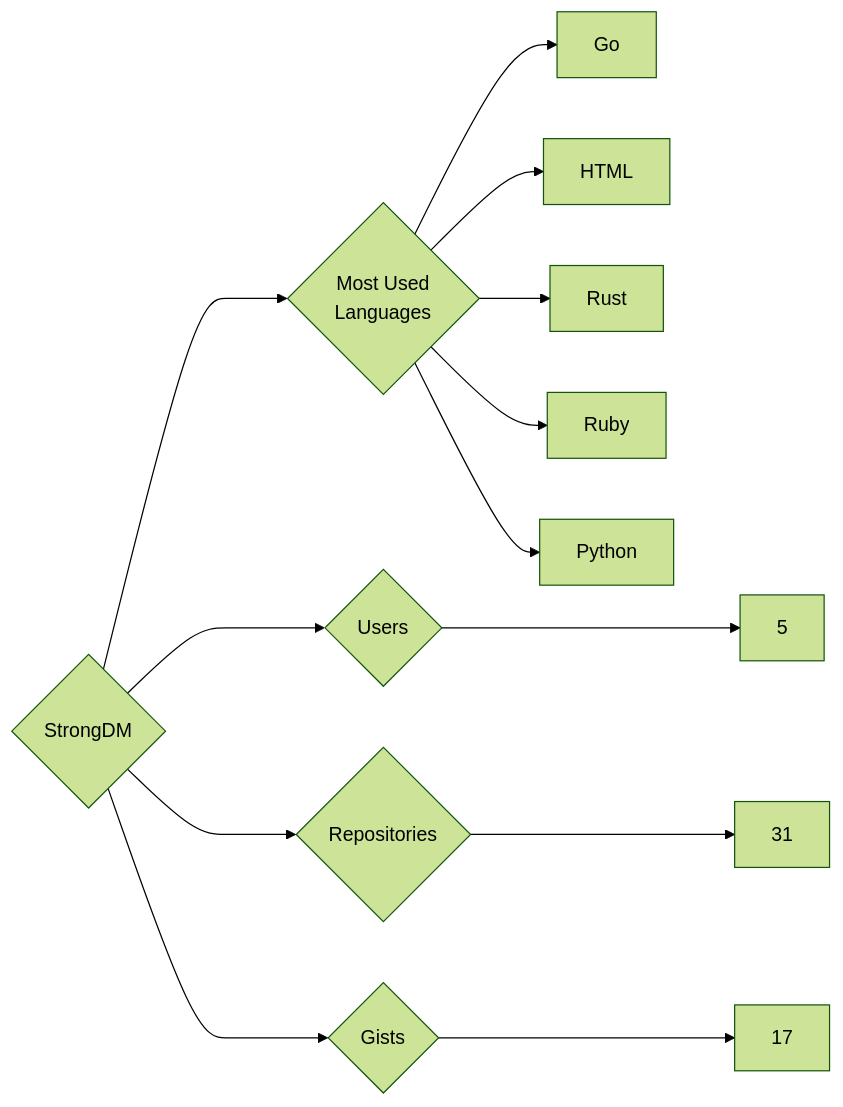
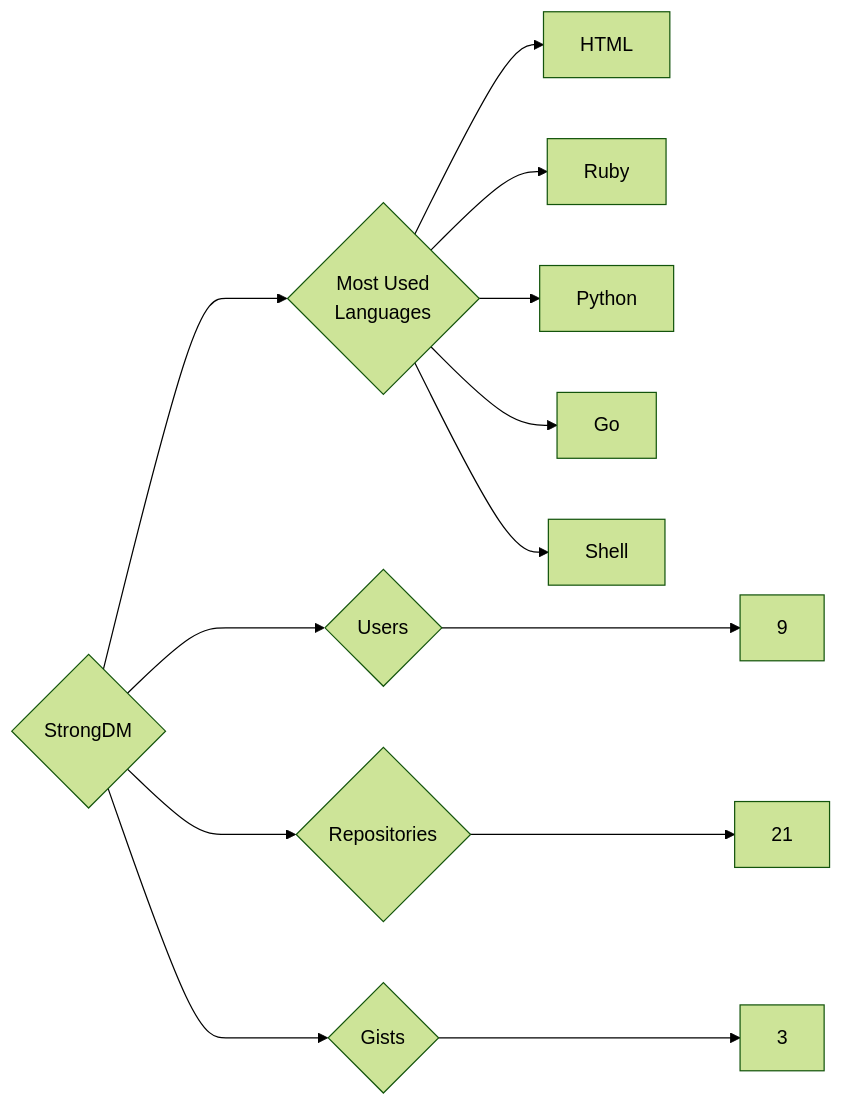
Before and after one commit to trickest/insiders: the diagram in targets/StrongDM/README.md, drawn with Mermaid (forest theme). The commit also changed 964 other files, not shown here.

````diff
--- a/targets/StrongDM/README.md
+++ b/targets/StrongDM/README.md
@@ -3,13 +3,13 @@
 ```mermaid
 graph LR
 COMPANY_NAME{StrongDM}
-COMPANY_NAME ---> U{Users} ---> UN[5]
-COMPANY_NAME ---> R{Repositories} ---> RN[31]
-COMPANY_NAME ---> G{Gists} ---> GN[17]
+COMPANY_NAME ---> U{Users} ---> UN[9]
+COMPANY_NAME ---> R{Repositories} ---> RN[21]
+COMPANY_NAME ---> G{Gists} ---> GN[3]
 COMPANY_NAME ---> ML{Most Used<br>Languages}
-ML --> Go[Go]
 ML --> HTML[HTML]
-ML --> Rust[Rust]
 ML --> Ruby[Ruby]
 ML --> Python[Python]
+ML --> Go[Go]
+ML --> Shell[Shell]
 ```
````
